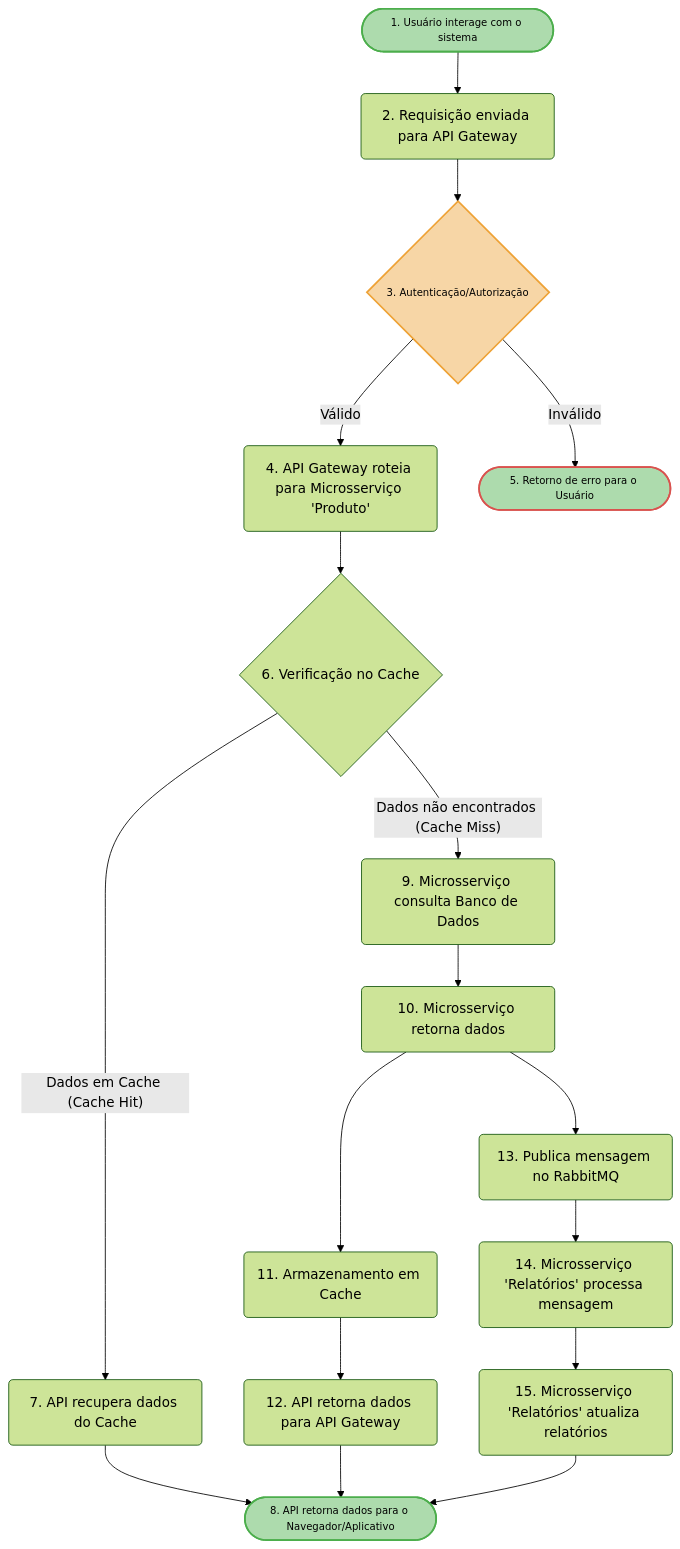
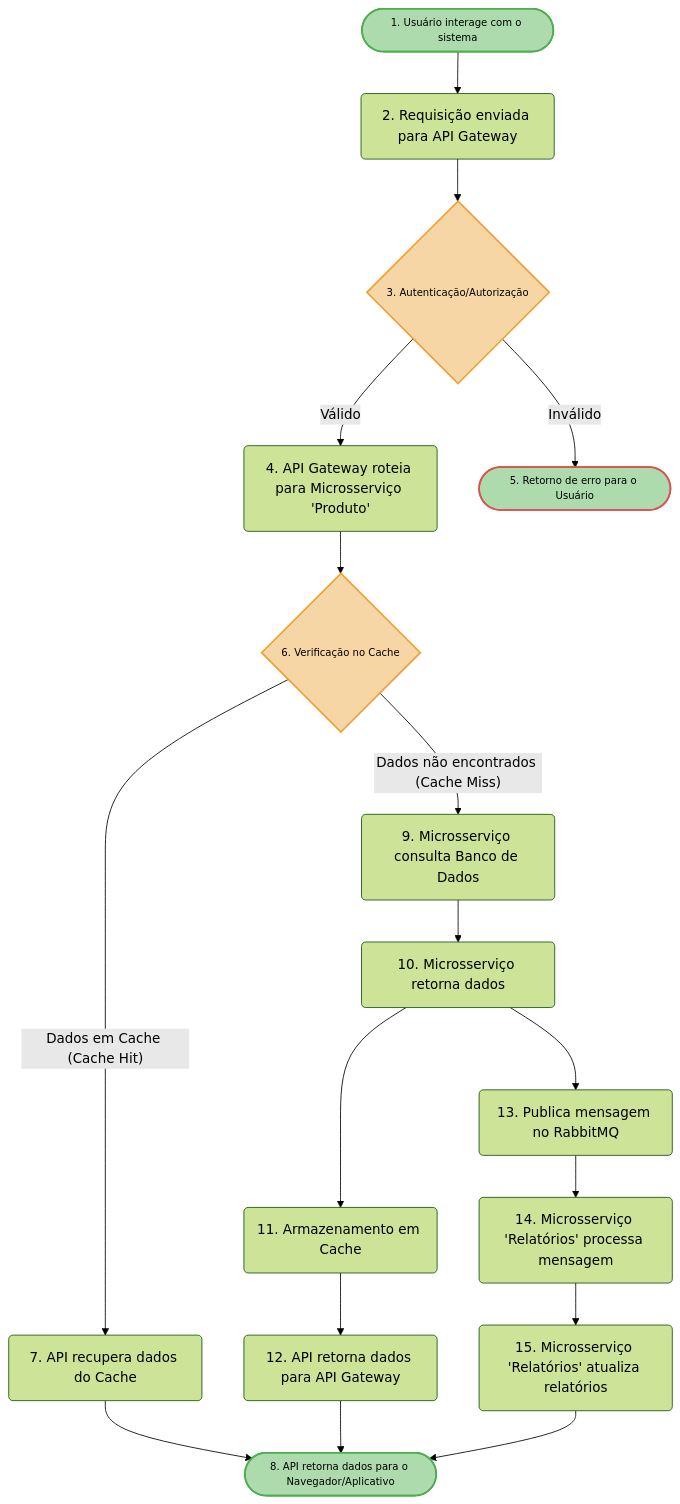
One commit to WallaceSousa88/LifeHacksCode changed the diagram in test/README.md. Above: the diagram before and after it, drawn with Mermaid (forest theme).

Commit message:
upd test

````diff
--- a/test/README.md
+++ b/test/README.md
@@ -2,24 +2,25 @@
 ```mermaid
 graph TD
     A([1. Usuário interage com o sistema]) --> B(2. Requisição enviada para API Gateway)
     B --> C{3. Autenticação/Autorização}
     C -- Válido --> D(4. API Gateway roteia para Microsserviço 'Produto')
     C -- Inválido --> E([5. Retorno de erro para o Usuário])
     D --> F{6. Verificação no Cache}
     F -- Dados em Cache (Cache Hit) --> G(7. API recupera dados do Cache)
     G --> H([8. API retorna dados para o Navegador/Aplicativo])
     F -- Dados não encontrados (Cache Miss) --> I(9. Microsserviço consulta Banco de Dados)
     I --> J(10. Microsserviço retorna dados)
     J --> K(11. Armazenamento em Cache)
     K --> L(12. API retorna dados para API Gateway)
     L --> H
     J --> N(13. Publica mensagem no RabbitMQ)
     N --> O(14. Microsserviço 'Relatórios' processa mensagem)
     O --> P(15. Microsserviço 'Relatórios' atualiza relatórios)
     P --> H
 
     style A fill:#5cb85c80,stroke:#4cae4c,stroke-width:2px,text-align:center,font-size:12px
     style C fill:#f0ad4e80,stroke:#eea236,stroke-width:2px,text-align:center,font-size:12px
     style E fill:#5cb85c80,stroke:#d9534f,stroke-width:2px,text-align:center,font-size:12px
+    style F fill:#f0ad4e80,stroke:#eea236,stroke-width:2px,text-align:center,font-size:12px
     style H fill:#5cb85c80,stroke:#4cae4c,stroke-width:2px,text-align:center,font-size:12px
 ```
````
